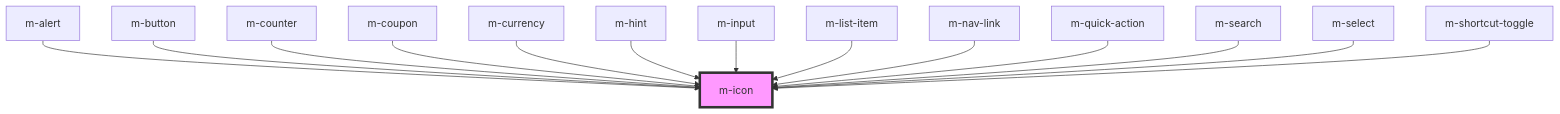
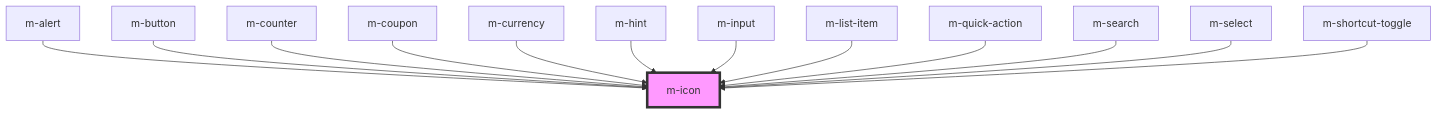
One commit to dynamic-framework/dynamic-ui changed the diagram in libraries/modyo-design-system/src/components/m-icon/readme.md. Above: the diagram before and after it, drawn with Mermaid. The commit also changed other lines of this file and 6 other files, not shown here.

````diff
--- a/libraries/modyo-design-system/src/components/m-icon/readme.md
+++ b/libraries/modyo-design-system/src/components/m-icon/readme.md
@@ -38,17 +37,16 @@
 ```mermaid
 graph TD;
   m-alert --> m-icon
   m-button --> m-icon
   m-counter --> m-icon
   m-coupon --> m-icon
   m-currency --> m-icon
   m-hint --> m-icon
   m-input --> m-icon
   m-list-item --> m-icon
-  m-nav-link --> m-icon
   m-quick-action --> m-icon
   m-search --> m-icon
   m-select --> m-icon
   m-shortcut-toggle --> m-icon
   style m-icon fill:#f9f,stroke:#333,stroke-width:4px
 ```
````
